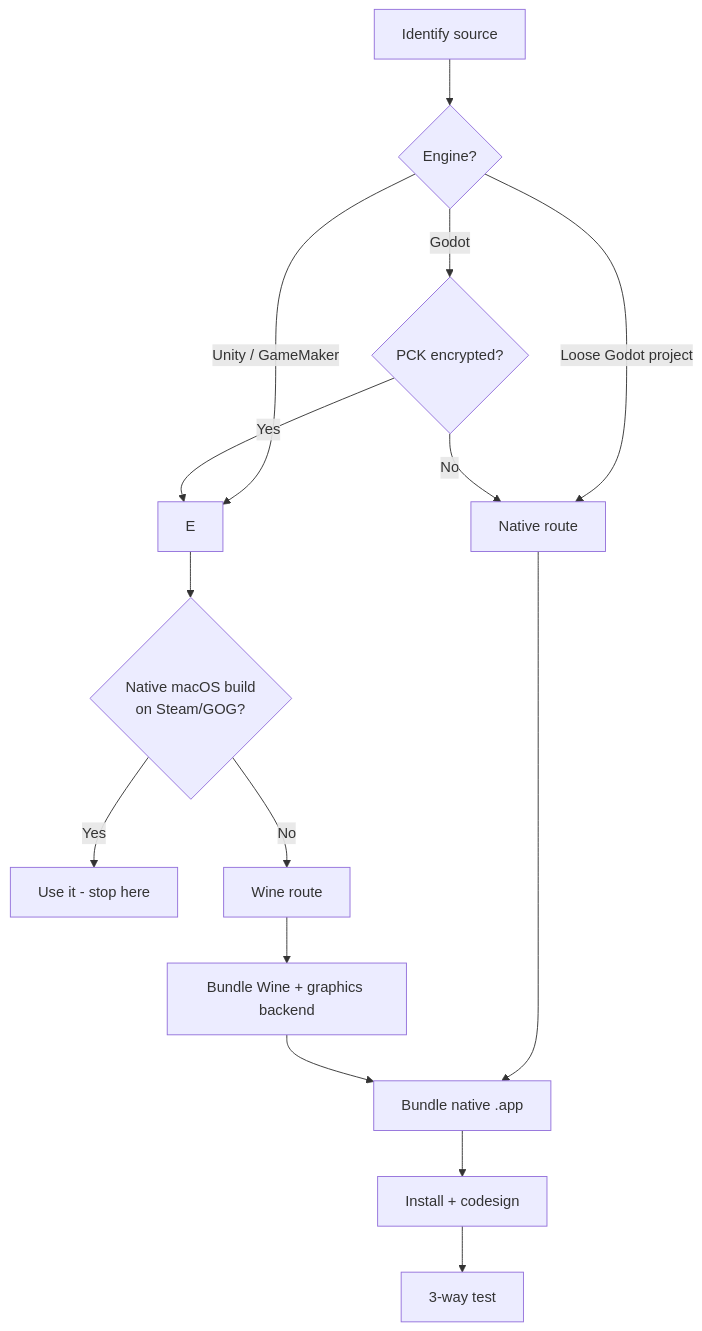
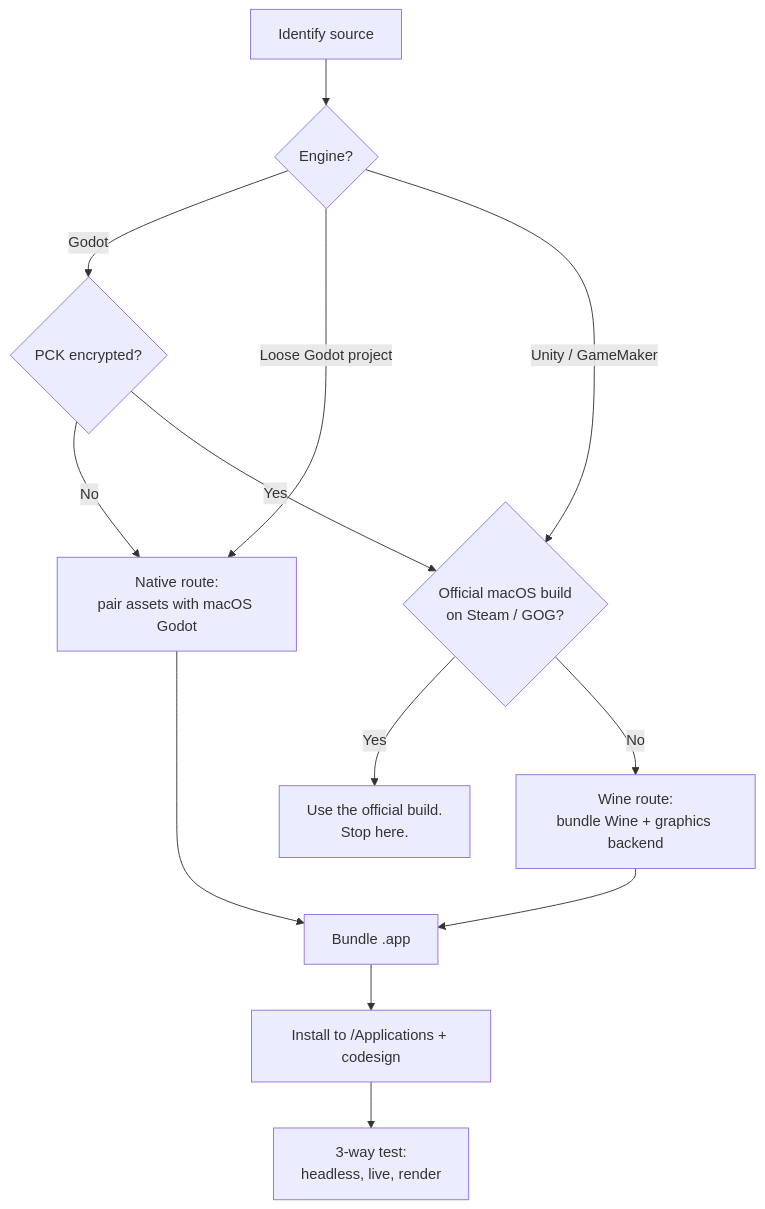
Before and after one commit to skawaks/game-to-mac: the diagram in README.md, drawn with Mermaid. The commit also changed other lines of this file, not shown here.

Commit message:
README: fix unlabeled mermaid node, correct file inventory

````diff
--- a/README.md
+++ b/README.md
@@ -41,18 +41,19 @@
 ```mermaid
 flowchart TD
     A[Identify source] --> B{Engine?}
+
     B -->|Godot| C{PCK encrypted?}
-    B -->|Unity / GameMaker| E
     B -->|Loose Godot project| D
+    B -->|Unity / GameMaker| E{Official macOS build<br/>on Steam / GOG?}
 
-    C -->|No| D[Native route]
+    C -->|No| D[Native route:<br/>pair assets with macOS Godot]
     C -->|Yes| E
-    D --> F[Bundle native .app]
-    E --> E1{Native macOS build<br/>on Steam/GOG?}
-    E1 -->|Yes| E2[Use it - stop here]
-    E1 -->|No| G[Wine route]
-    G --> H[Bundle Wine + graphics backend]
-    H --> F
-    F --> I[Install + codesign]
-    I --> J[3-way test]
+
+    E -->|Yes| E2[Use the official build.<br/>Stop here.]
+    E -->|No| G[Wine route:<br/>bundle Wine + graphics backend]
+
+    D --> F[Bundle .app]
+    G --> F
+    F --> I[Install to /Applications + codesign]
+    I --> J[3-way test:<br/>headless, live, render]
 ```
````
